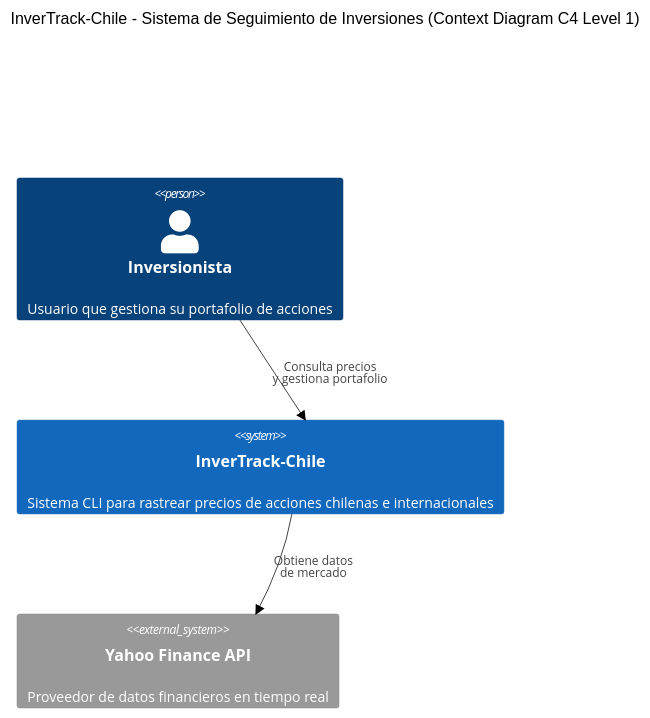
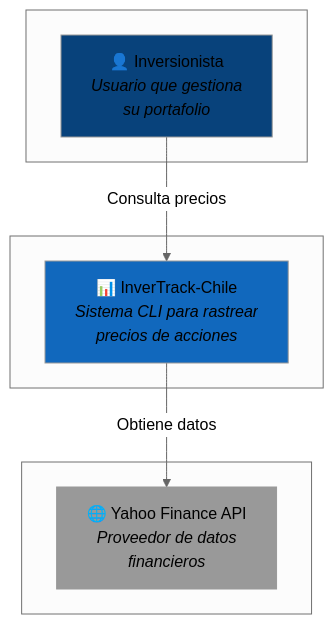
Before and after one commit to DecimoZ/InverTrack-Chile: the diagram in diagrams/context-diagram-c4lvl1.mmd, drawn with Mermaid (neutral theme). The commit also changed 1 other file, not shown here.

```diff
--- a/diagrams/context-diagram-c4lvl1.mmd
+++ b/diagrams/context-diagram-c4lvl1.mmd
@@ -1,11 +1,19 @@
-C4Context
-    title InverTrack-Chile - Sistema de Seguimiento de Inversiones (Context Diagram C4 Level 1)
+graph TB
+    subgraph " "
+        user["👤 Inversionista<br/><i>Usuario que gestiona<br/>su portafolio</i>"]
+    end
     
-    Person(user, "Inversionista", "Usuario que gestiona su portafolio de acciones")
+    subgraph " "
+        system["📊 InverTrack-Chile<br/><i>Sistema CLI para rastrear<br/>precios de acciones</i>"]
+    end
     
-    System(invertrack, "InverTrack-Chile", "Sistema CLI para rastrear precios de acciones chilenas e internacionales")
+    subgraph " "
+        api["🌐 Yahoo Finance API<br/><i>Proveedor de datos<br/>financieros</i>"]
+    end
     
-    System_Ext(yfinance, "Yahoo Finance API", "Proveedor de datos financieros en tiempo real")
+    user -->|"Consulta precios"| system
+    system -->|"Obtiene datos"| api
     
-    Rel(user, invertrack, "Consulta precios<br/>y gestiona portafolio")
-    Rel(invertrack, yfinance, "Obtiene datos<br/>de mercado")
+    style user fill:#08427b
+    style system fill:#1168bd
+    style api fill:#999999
```
